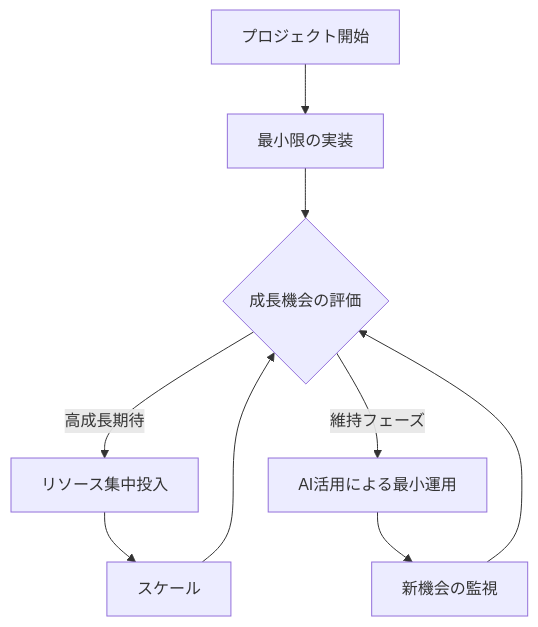
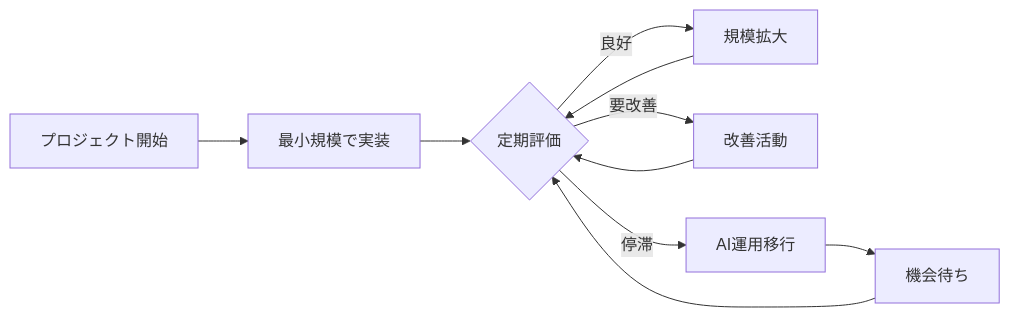
Before and after one commit to NPO-OpenCoralNetwork/demo-repository: the first of 2 diagrams in README.md, drawn with Mermaid. The commit also changed other lines of this file, not shown here.

````diff
--- a/README.md
+++ b/README.md
@@ -33,11 +65,12 @@
 ```mermaid
-graph TD
-    A[プロジェクト開始] --> B[最小限の実装]
-    B --> C{成長機会の評価}
-    C -->|高成長期待| D[リソース集中投入]
-    C -->|維持フェーズ| E[AI活用による最小運用]
-    E --> F[新機会の監視]
-    F --> C
-    D --> G[スケール]
+graph LR
+    A[プロジェクト開始] --> B[最小規模で実装]
+    B --> C{定期評価}
+    C -->|良好| D[規模拡大]
+    C -->|要改善| E[改善活動]
+    C -->|停滞| F[AI運用移行]
+    D --> C
+    E --> C
+    F --> G[機会待ち]
     G --> C
 ```
````
